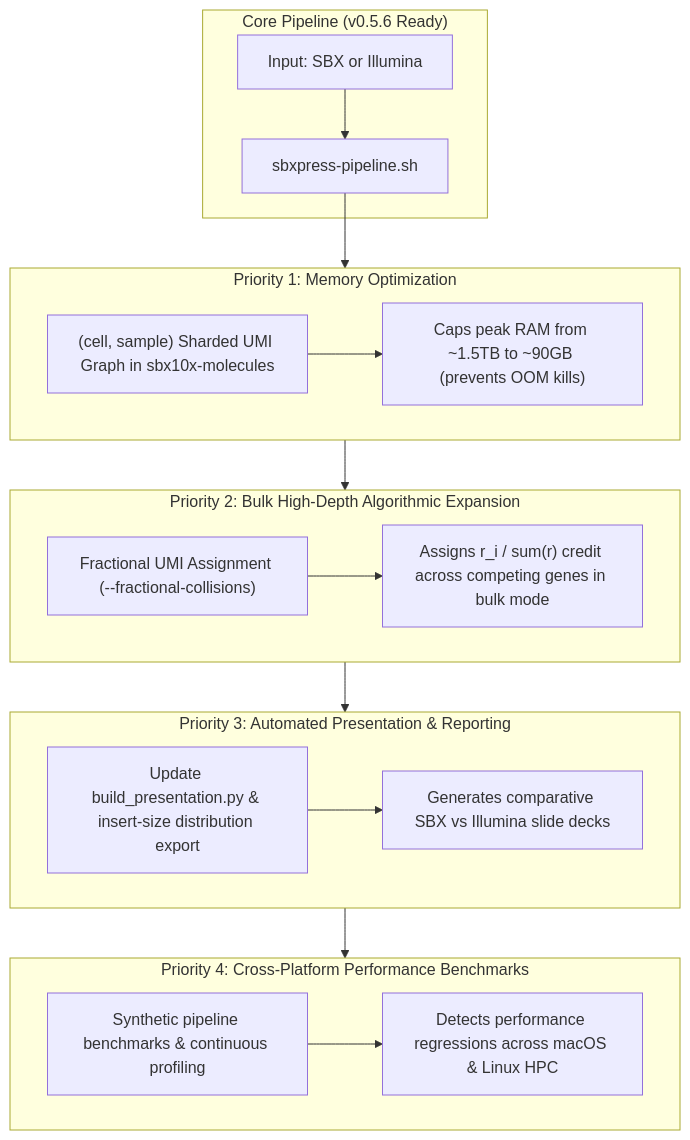
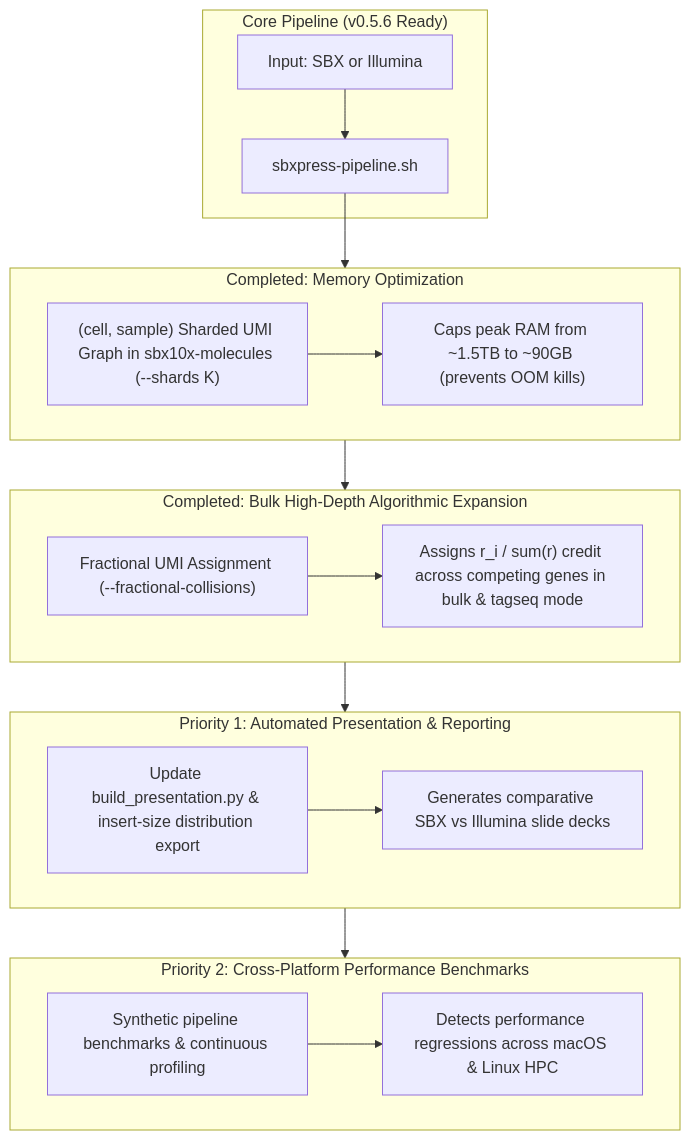
Before and after one commit to UCSF-Biochem-Center-for-Advanced-Tech/morselle: the diagram in FUTURE_ROADMAP.md, drawn with Mermaid. The commit also changed other lines of this file and 10 other files, not shown here.

Commit message:
feat: support ZW:f fractional weight parsing in cr-bam-to-mtx & update FUTURE_ROADMAP.md

````diff
--- a/FUTURE_ROADMAP.md
+++ b/FUTURE_ROADMAP.md
@@ -27,31 +29,31 @@
 ```mermaid
 flowchart TD
     subgraph Core ["Core Pipeline (v0.5.6 Ready)"]
         INPUT["Input: SBX or Illumina"] --> ENGINE["sbxpress-pipeline.sh"]
     end
 
-    subgraph Memory ["Priority 1: Memory Optimization"]
-        M1["(cell, sample) Sharded UMI Graph in sbx10x-molecules"]
+    subgraph Memory ["Completed: Memory Optimization"]
+        M1["(cell, sample) Sharded UMI Graph in sbx10x-molecules (--shards K)"]
         M1 --> M1_OUT["Caps peak RAM from ~1.5TB to ~90GB (prevents OOM kills)"]
     end
 
-    subgraph Algo ["Priority 2: Bulk High-Depth Algorithmic Expansion"]
+    subgraph Algo ["Completed: Bulk High-Depth Algorithmic Expansion"]
         A1["Fractional UMI Assignment (--fractional-collisions)"]
-        A1 --> A1_OUT["Assigns r_i / sum(r) credit across competing genes in bulk mode"]
+        A1 --> A1_OUT["Assigns r_i / sum(r) credit across competing genes in bulk & tagseq mode"]
     end
 
-    subgraph Report ["Priority 3: Automated Presentation & Reporting"]
+    subgraph Report ["Priority 1: Automated Presentation & Reporting"]
         R1["Update build_presentation.py & insert-size distribution export"]
         R1 --> R1_OUT["Generates comparative SBX vs Illumina slide decks"]
     end
 
-    subgraph Bench ["Priority 4: Cross-Platform Performance Benchmarks"]
+    subgraph Bench ["Priority 2: Cross-Platform Performance Benchmarks"]
         B1["Synthetic pipeline benchmarks & continuous profiling"]
         B1 --> B1_OUT["Detects performance regressions across macOS & Linux HPC"]
     end
 
     ENGINE --> Memory
     Memory --> Algo
     Algo --> Report
     Report --> Bench
 ```
````
